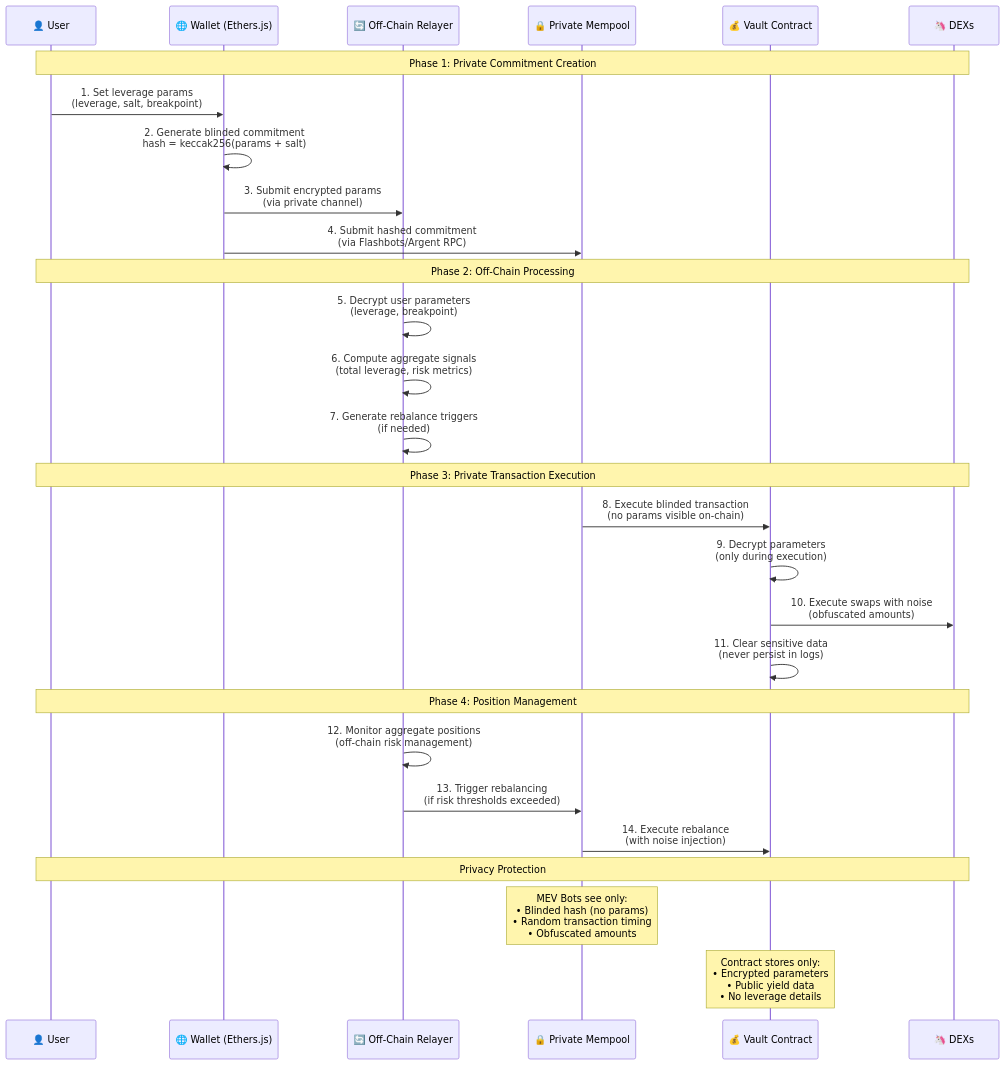
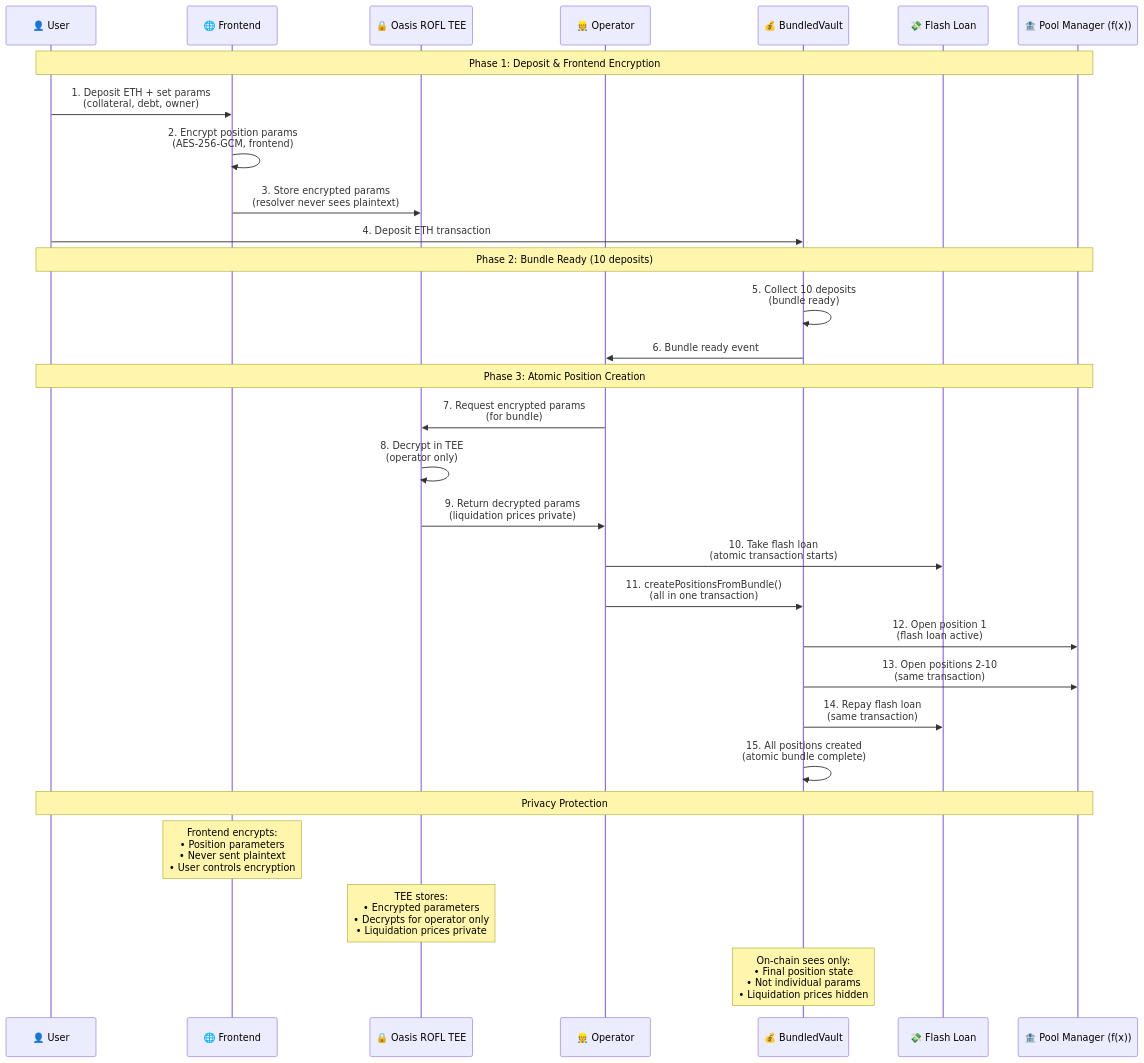
The third of 4 diagrams in mermaid/shadow-splitter.md (arseneeth/shayd), drawn with Mermaid before and after one commit. The commit also changed other lines of this file and 22 other files, not shown here.

````diff
--- a/mermaid/shadow-splitter.md
+++ b/mermaid/shadow-splitter.md
@@ -95,35 +103,36 @@
 ```mermaid
 sequenceDiagram
     participant U as 👤 User
-    participant W as 🌐 Wallet (Ethers.js)
-    participant R as 🔄 Off-Chain Relayer
-    participant M as 🔒 Private Mempool
-    participant C as 💰 Vault Contract
-    participant D as 🦄 DEXs
+    participant F as 🌐 Frontend
+    participant T as 🔒 Oasis ROFL TEE
+    participant O as 👷 Operator
+    participant V as 💰 BundledVault
+    participant FL as 💸 Flash Loan
+    participant P as 🏦 Pool Manager (f(x))
     
-    Note over U,D: Phase 1: Private Commitment Creation
-    U->>W: 1. Set leverage params<br/>(leverage, salt, breakpoint)
-    W->>W: 2. Generate blinded commitment<br/>hash = keccak256(params + salt)
-    W->>R: 3. Submit encrypted params<br/>(via private channel)
-    W->>M: 4. Submit hashed commitment<br/>(via Flashbots/Argent RPC)
+    Note over U,P: Phase 1: Deposit & Frontend Encryption
+    U->>F: 1. Deposit ETH + set params<br/>(collateral, debt, owner)
+    F->>F: 2. Encrypt position params<br/>(AES-256-GCM, frontend)
+    F->>T: 3. Store encrypted params<br/>(resolver never sees plaintext)
+    U->>V: 4. Deposit ETH transaction
     
-    Note over U,D: Phase 2: Off-Chain Processing
-    R->>R: 5. Decrypt user parameters<br/>(leverage, breakpoint)
-    R->>R: 6. Compute aggregate signals<br/>(total leverage, risk metrics)
-    R->>R: 7. Generate rebalance triggers<br/>(if needed)
+    Note over U,P: Phase 2: Bundle Ready (10 deposits)
+    V->>V: 5. Collect 10 deposits<br/>(bundle ready)
+    V->>O: 6. Bundle ready event
     
-    Note over U,D: Phase 3: Private Transaction Execution
-    M->>C: 8. Execute blinded transaction<br/>(no params visible on-chain)
-    C->>C: 9. Decrypt parameters<br/>(only during execution)
-    C->>D: 10. Execute swaps with noise<br/>(obfuscated amounts)
-    C->>C: 11. Clear sensitive data<br/>(never persist in logs)
+    Note over U,P: Phase 3: Atomic Position Creation
+    O->>T: 7. Request encrypted params<br/>(for bundle)
+    T->>T: 8. Decrypt in TEE<br/>(operator only)
+    T->>O: 9. Return decrypted params<br/>(liquidation prices private)
+    O->>FL: 10. Take flash loan<br/>(atomic transaction starts)
+    O->>V: 11. createPositionsFromBundle()<br/>(all in one transaction)
+    V->>P: 12. Open position 1<br/>(flash loan active)
+    V->>P: 13. Open positions 2-10<br/>(same transaction)
+    V->>FL: 14. Repay flash loan<br/>(same transaction)
+    V->>V: 15. All positions created<br/>(atomic bundle complete)
     
-    Note over U,D: Phase 4: Position Management
-    R->>R: 12. Monitor aggregate positions<br/>(off-chain risk management)
-    R->>M: 13. Trigger rebalancing<br/>(if risk thresholds exceeded)
-    M->>C: 14. Execute rebalance<br/>(with noise injection)
-    
-    Note over U,D: Privacy Protection
-    Note over M: MEV Bots see only:<br/>• Blinded hash (no params)<br/>• Random transaction timing<br/>• Obfuscated amounts
-    Note over C: Contract stores only:<br/>• Encrypted parameters<br/>• Public yield data<br/>• No leverage details
+    Note over U,P: Privacy Protection
+    Note over F: Frontend encrypts:<br/>• Position parameters<br/>• Never sent plaintext<br/>• User controls encryption
+    Note over T: TEE stores:<br/>• Encrypted parameters<br/>• Decrypts for operator only<br/>• Liquidation prices private
+    Note over V: On-chain sees only:<br/>• Final position state<br/>• Not individual params<br/>• Liquidation prices hidden
 ```
````
